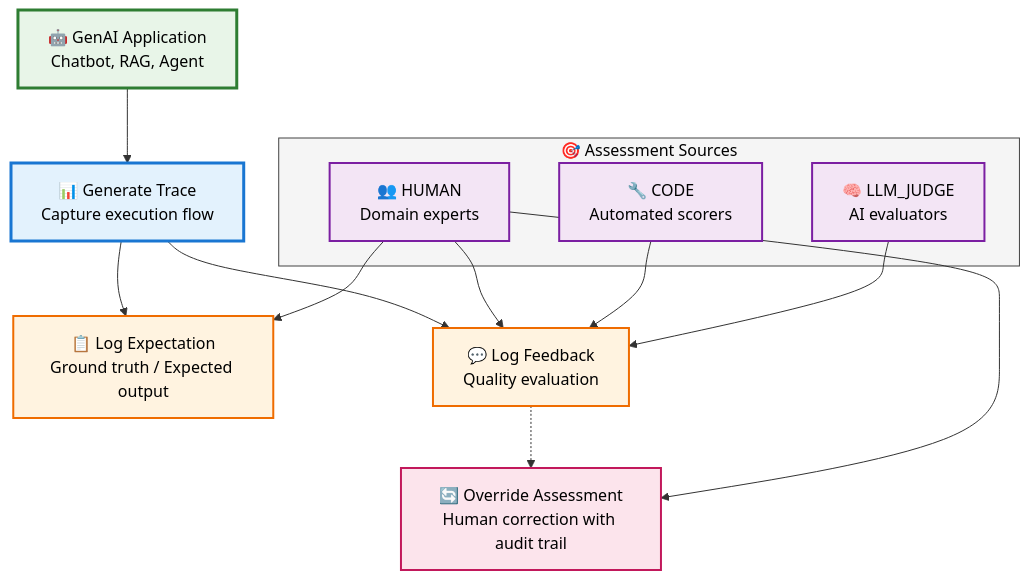
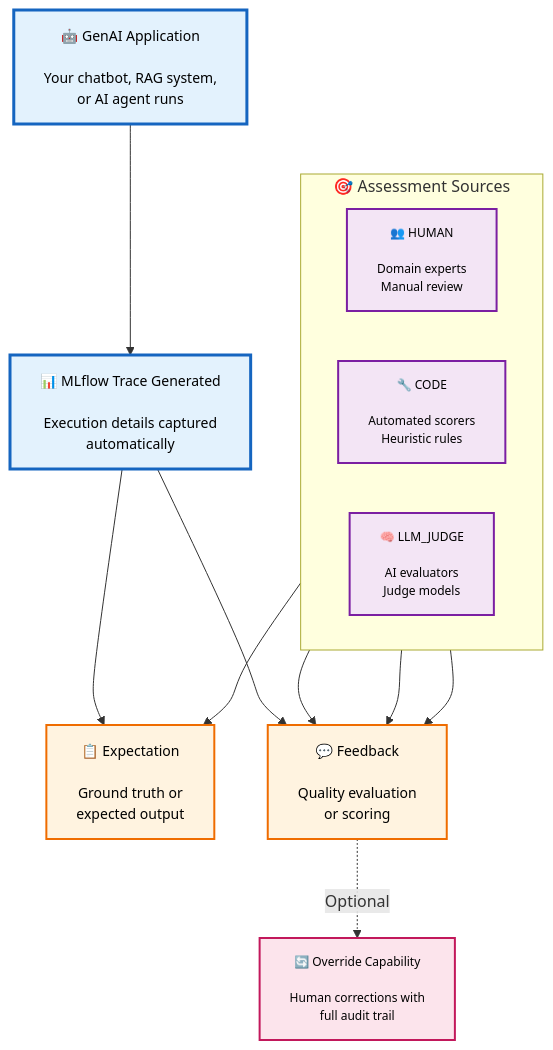
The diagram in docs/docs/genai/assessments/index.mdx (mlflow/mlflow), drawn with Mermaid before and after one commit. The commit also changed other lines of this file and 7 other files, not shown here.

````diff
--- a/docs/docs/genai/assessments/index.mdx
+++ b/docs/docs/genai/assessments/index.mdx
@@ -41,48 +103,47 @@
 ```mermaid
-flowchart TD
-    %% GenAI Application Flow
-    APP[🤖 GenAI Application<br/>Chatbot, RAG, Agent]
-    TRACE[📊 Generate Trace<br/>Capture execution flow]
-    
-    %% Assessment Logging
-    EXPECT[📋 Log Expectation<br/>Ground truth / Expected output]
-    FEEDBACK[💬 Log Feedback<br/>Quality evaluation]
-    
-    %% Assessment Sources
-    subgraph SOURCES[🎯 Assessment Sources]
-        HUMAN[👥 HUMAN<br/>Domain experts]
-        CODE[🔧 CODE<br/>Automated scorers]
-        LLM[🧠 LLM_JUDGE<br/>AI evaluators]
+graph TB
+    %% Main flow with generous spacing
+    APP["🤖 GenAI Application<br/><br/>Your chatbot, RAG system,<br/>or AI agent runs"]
+
+    TRACE["📊 MLflow Trace Generated<br/><br/>Execution details captured<br/>automatically"]
+
+    %% Assessment types with clear separation
+    subgraph ASSESS_TYPES[" "]
+        EXPECT["📋 Expectation<br/><br/>Ground truth or<br/>expected output"]
+        FEEDBACK["💬 Feedback<br/><br/>Quality evaluation<br/>or scoring"]
     end
-    
-    %% Override Capability
-    OVERRIDE[🔄 Override Assessment<br/>Human correction with audit trail]
-    
-    %% Flow connections
+
+    %% Sources laid out horizontally for better space usage
+    subgraph SOURCES["🎯 Assessment Sources"]
+        direction LR
+        HUMAN["👥 HUMAN<br/><br/>Domain experts<br/>Manual review"]
+        CODE["🔧 CODE<br/><br/>Automated scorers<br/>Heuristic rules"]
+        LLM_JUDGE["🧠 LLM_JUDGE<br/><br/>AI evaluators<br/>Judge models"]
+    end
+
+    %% Override with clear positioning
+    OVERRIDE["🔄 Override Capability<br/><br/>Human corrections with<br/>full audit trail"]
+
+    %% Clear flow connections
     APP --> TRACE
     TRACE --> EXPECT
     TRACE --> FEEDBACK
-    
     HUMAN --> EXPECT
     HUMAN --> FEEDBACK
     CODE --> FEEDBACK
-    LLM --> FEEDBACK
-    
-    FEEDBACK -.-> OVERRIDE
-    HUMAN --> OVERRIDE
-    
-    %% Styling
-    classDef appStyle fill:#e8f5e8,stroke:#2e7d32,stroke-width:3px,color:#000
-    classDef traceStyle fill:#e3f2fd,stroke:#1976d2,stroke-width:3px,color:#000
-    classDef assessStyle fill:#fff3e0,stroke:#ef6c00,stroke-width:2px,color:#000
-    classDef sourceStyle fill:#f3e5f5,stroke:#7b1fa2,stroke-width:2px,color:#000
-    classDef overrideStyle fill:#fce4ec,stroke:#c2185b,stroke-width:2px,color:#000
-    classDef subgraphStyle fill:#f5f5f5,stroke:#424242,stroke-width:1px,color:#000
-    
-    class APP appStyle
-    class TRACE traceStyle
-    class EXPECT,FEEDBACK assessStyle
-    class HUMAN,CODE,LLM sourceStyle
-    class OVERRIDE overrideStyle
-    class SOURCES subgraphStyle
+    LLM_JUDGE --> FEEDBACK
+    FEEDBACK -.->|Optional| OVERRIDE
+
+    %% Enhanced styling for better readability
+    classDef primary fill:#e3f2fd,stroke:#1565c0,stroke-width:3px,color:#000,font-size:14px
+    classDef assessment fill:#fff3e0,stroke:#ef6c00,stroke-width:2px,color:#000,font-size:14px
+    classDef source fill:#f3e5f5,stroke:#7b1fa2,stroke-width:2px,color:#000,font-size:12px
+    classDef override fill:#fce4ec,stroke:#c2185b,stroke-width:2px,color:#000,font-size:12px
+    classDef invisible fill:transparent,stroke:transparent
+
+    class APP,TRACE primary
+    class EXPECT,FEEDBACK assessment
+    class HUMAN,CODE,LLM_JUDGE source
+    class OVERRIDE override
+    class ASSESS_TYPES invisible
 ```
````
